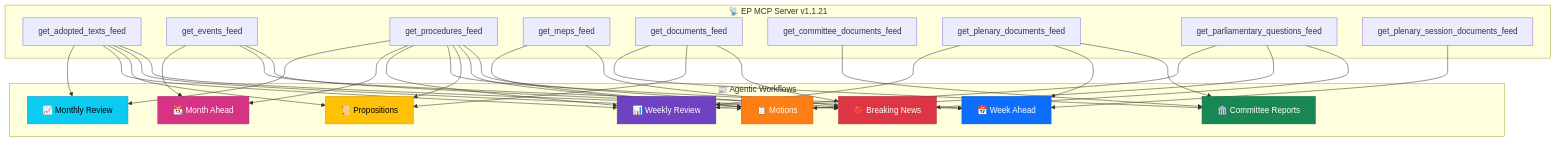
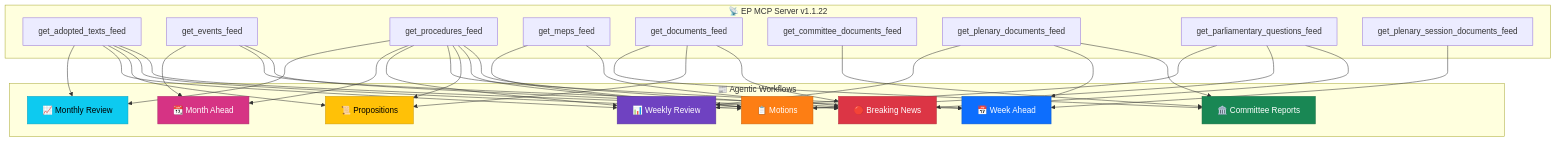
One commit to Hack23/euparliamentmonitor changed the fifth of 7 diagrams in analysis/README.md. Above: the diagram before and after it, drawn with Mermaid. The commit also changed other lines of this file and 25 other files, not shown here.

First line of the commit message:
chore: update european-parliament-mcp-server 1.1.21→1.1.22 in all workflows, MCP config, docs, and lock files

````diff
--- a/analysis/README.md
+++ b/analysis/README.md
@@ -357,44 +357,44 @@
 ```mermaid
 flowchart TD
-    subgraph "📡 EP MCP Server v1.1.21"
+    subgraph "📡 EP MCP Server v1.1.22"
         F1["get_adopted_texts_feed"]
         F2["get_events_feed"]
         F3["get_procedures_feed"]
         F4["get_meps_feed"]
         F5["get_documents_feed"]
         F6["get_committee_documents_feed"]
         F7["get_plenary_documents_feed"]
         F8["get_parliamentary_questions_feed"]
         F9["get_plenary_session_documents_feed"]
     end
 
     subgraph "📰 Agentic Workflows"
         W1["🔴 Breaking News"]
         W2["📋 Motions"]
         W3["📜 Propositions"]
         W4["🏛️ Committee Reports"]
         W5["📅 Week Ahead"]
         W6["📊 Weekly Review"]
         W7["📆 Month Ahead"]
         W8["📈 Monthly Review"]
     end
 
     F1 --> W1 & W2 & W3 & W6 & W8
     F2 --> W1 & W5 & W7
     F3 --> W1 & W2 & W3 & W5 & W6 & W7 & W8
     F4 --> W1 & W2
     F5 --> W1 & W3 & W4
     F6 --> W4
     F7 --> W4 & W5 & W6
     F8 --> W1 & W2 & W6
     F9 --> W5
 
     style W1 fill:#dc3545,stroke:#b02a37,color:#fff
     style W2 fill:#fd7e14,stroke:#ca6510,color:#fff
     style W3 fill:#ffc107,stroke:#cc9a06,color:#000
     style W4 fill:#198754,stroke:#146c43,color:#fff
     style W5 fill:#0d6efd,stroke:#0a58ca,color:#fff
     style W6 fill:#6f42c1,stroke:#59359a,color:#fff
     style W7 fill:#d63384,stroke:#ab296a,color:#fff
     style W8 fill:#0dcaf0,stroke:#0aa2c0,color:#000
 ```
````
